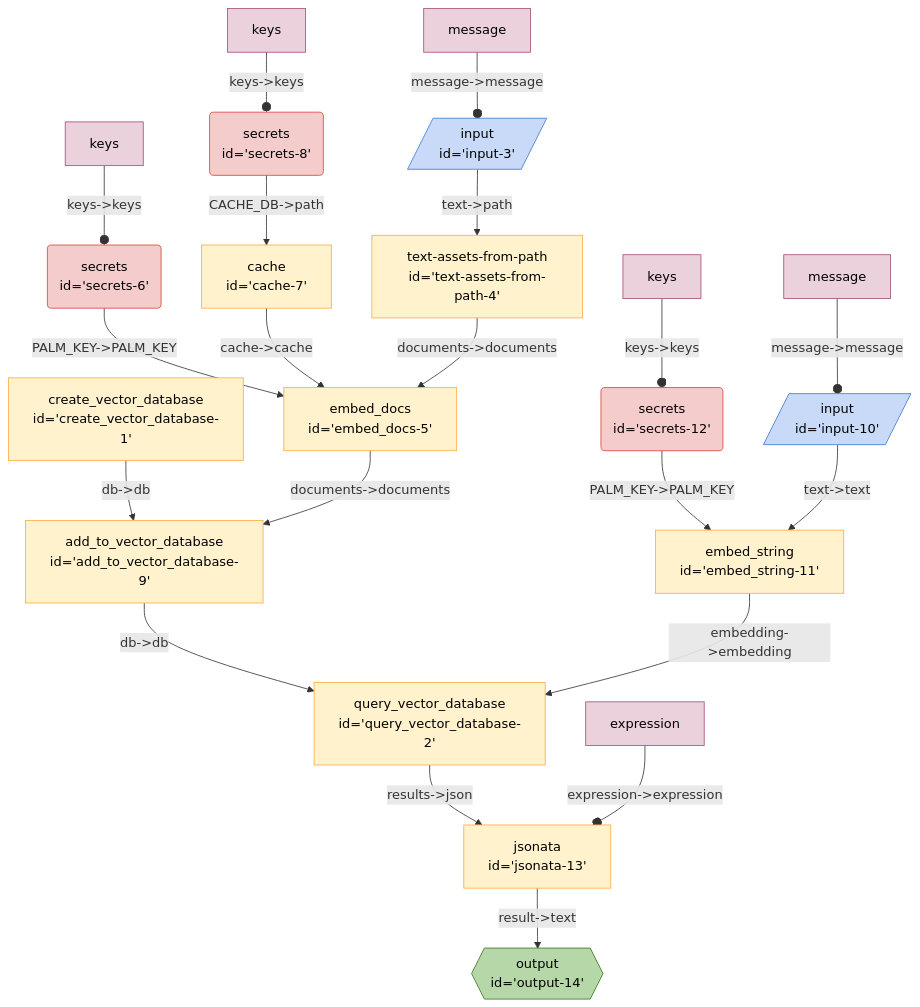
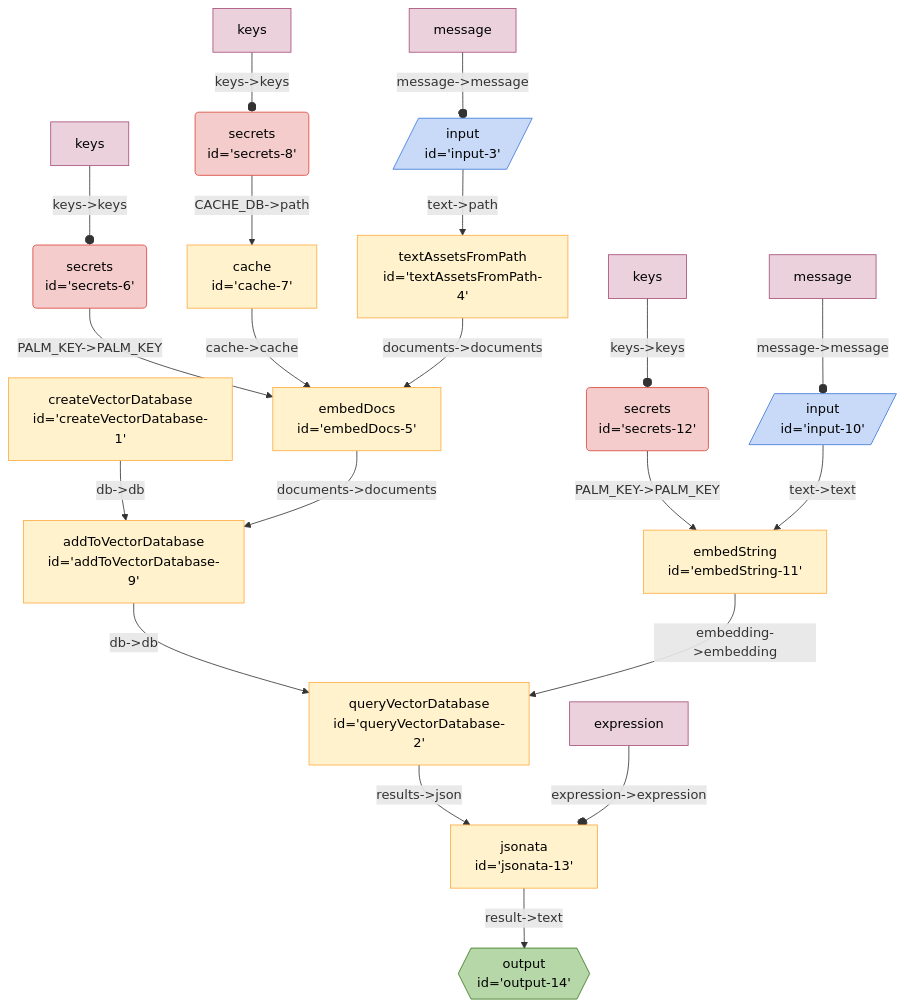
One commit to breadboard-ai/breadboard changed the diagram in seeds/graph-playground/docs/graphs/find-file-by-similarity.md. Above: the diagram before and after it, drawn with Mermaid. The commit also changed 41 other files, not shown here.

````diff
--- a/seeds/graph-playground/docs/graphs/find-file-by-similarity.md
+++ b/seeds/graph-playground/docs/graphs/find-file-by-similarity.md
@@ -5,57 +5,57 @@
   ```mermaid
   %%{init: 'themeVariables': { 'fontFamily': 'Fira Code, monospace' }}%%
 graph TD;
 secrets6("secrets
-id='secrets-6'"):::secrets -- "PALM_KEY->PALM_KEY" --> embed_docs5["embed_docs
-id='embed_docs-5'"]
+id='secrets-6'"):::secrets -- "PALM_KEY->PALM_KEY" --> embedDocs5["embedDocs
+id='embedDocs-5'"]
 secrets8("secrets
 id='secrets-8'"):::secrets -- "CACHE_DB->path" --> cache7["cache
 id='cache-7'"]
 cache7["cache
-id='cache-7'"] -- "cache->cache" --> embed_docs5["embed_docs
-id='embed_docs-5'"]
-create_vector_database1["create_vector_database
-id='create_vector_database-1'"] -- "db->db" --> add_to_vector_database9["add_to_vector_database
-id='add_to_vector_database-9'"]
-add_to_vector_database9["add_to_vector_database
-id='add_to_vector_database-9'"] -- "db->db" --> query_vector_database2["query_vector_database
-id='query_vector_database-2'"]
-embed_docs5["embed_docs
-id='embed_docs-5'"] -- "documents->documents" --> add_to_vector_database9["add_to_vector_database
-id='add_to_vector_database-9'"]
-textassetsfrompath4["text-assets-from-path
-id='text-assets-from-path-4'"] -- "documents->documents" --> embed_docs5["embed_docs
-id='embed_docs-5'"]
+id='cache-7'"] -- "cache->cache" --> embedDocs5["embedDocs
+id='embedDocs-5'"]
+createVectorDatabase1["createVectorDatabase
+id='createVectorDatabase-1'"] -- "db->db" --> addToVectorDatabase9["addToVectorDatabase
+id='addToVectorDatabase-9'"]
+addToVectorDatabase9["addToVectorDatabase
+id='addToVectorDatabase-9'"] -- "db->db" --> queryVectorDatabase2["queryVectorDatabase
+id='queryVectorDatabase-2'"]
+embedDocs5["embedDocs
+id='embedDocs-5'"] -- "documents->documents" --> addToVectorDatabase9["addToVectorDatabase
+id='addToVectorDatabase-9'"]
+textAssetsFromPath4["textAssetsFromPath
+id='textAssetsFromPath-4'"] -- "documents->documents" --> embedDocs5["embedDocs
+id='embedDocs-5'"]
 input3[/"input
-id='input-3'"/]:::input -- "text->path" --> textassetsfrompath4["text-assets-from-path
-id='text-assets-from-path-4'"]
+id='input-3'"/]:::input -- "text->path" --> textAssetsFromPath4["textAssetsFromPath
+id='textAssetsFromPath-4'"]
 secrets12("secrets
-id='secrets-12'"):::secrets -- "PALM_KEY->PALM_KEY" --> embed_string11["embed_string
-id='embed_string-11'"]
+id='secrets-12'"):::secrets -- "PALM_KEY->PALM_KEY" --> embedString11["embedString
+id='embedString-11'"]
 jsonata13["jsonata
 id='jsonata-13'"] -- "result->text" --> output14{{"output
 id='output-14'"}}:::output
-query_vector_database2["query_vector_database
-id='query_vector_database-2'"] -- "results->json" --> jsonata13["jsonata
+queryVectorDatabase2["queryVectorDatabase
+id='queryVectorDatabase-2'"] -- "results->json" --> jsonata13["jsonata
 id='jsonata-13'"]
-embed_string11["embed_string
-id='embed_string-11'"] -- "embedding->embedding" --> query_vector_database2["query_vector_database
-id='query_vector_database-2'"]
+embedString11["embedString
+id='embedString-11'"] -- "embedding->embedding" --> queryVectorDatabase2["queryVectorDatabase
+id='queryVectorDatabase-2'"]
 input10[/"input
-id='input-10'"/]:::input -- "text->text" --> embed_string11["embed_string
-id='embed_string-11'"]
+id='input-10'"/]:::input -- "text->text" --> embedString11["embedString
+id='embedString-11'"]
 messageinput3[message]:::config -- "message->message" --o input3
 keyssecrets6[keys]:::config -- "keys->keys" --o secrets6
 keyssecrets8[keys]:::config -- "keys->keys" --o secrets8
 messageinput10[message]:::config -- "message->message" --o input10
 keyssecrets12[keys]:::config -- "keys->keys" --o secrets12
 expressionjsonata13[expression]:::config -- "expression->expression" --o jsonata13
 classDef default stroke:#ffab40,fill:#fff2ccff,color:#000
 classDef input stroke:#3c78d8,fill:#c9daf8ff,color:#000
 classDef output stroke:#38761d,fill:#b6d7a8ff,color:#000
 classDef passthrough stroke:#a64d79,fill:#ead1dcff,color:#000
 classDef slot stroke:#a64d79,fill:#ead1dcff,color:#000
 classDef config stroke:#a64d79,fill:#ead1dcff,color:#000
 classDef secrets stroke:#db4437,fill:#f4cccc,color:#000
 classDef slotted stroke:#a64d79
   ```
````
